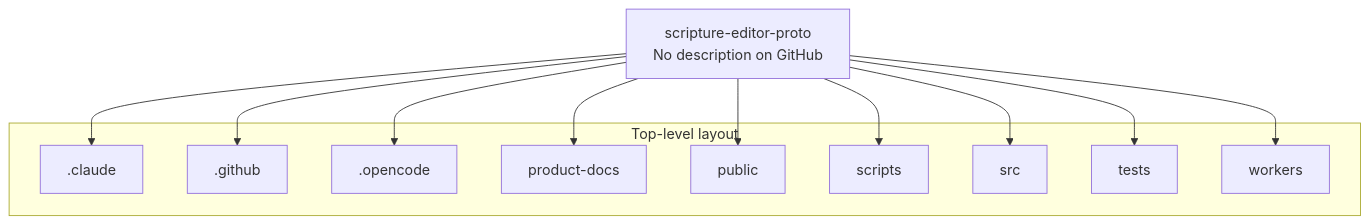
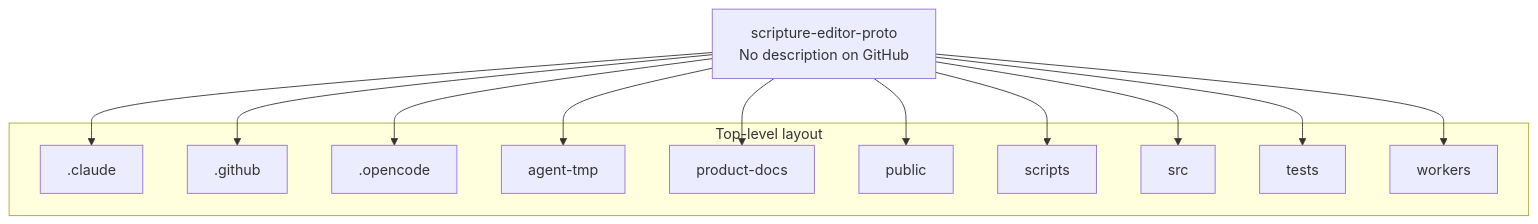
The second of 3 diagrams in architecture/WycliffeAssociates/scripture-editor-proto-architecture.md (AnonymousWalker/project-repos-diagram), drawn with Mermaid before and after one commit. The commit also changed other lines of this file and 18 other files, not shown here.

Commit message:
chore: refresh architecture diagrams

````diff
--- a/architecture/WycliffeAssociates/scripture-editor-proto-architecture.md
+++ b/architecture/WycliffeAssociates/scripture-editor-proto-architecture.md
@@ -46,26 +48,28 @@
 ```mermaid
 flowchart TB
   Root["scripture-editor-proto<br/>No description on GitHub"]
 
   subgraph structure["Top-level layout"]
     D0[".claude"]
     D1[".github"]
     D2[".opencode"]
-    D3["product-docs"]
-    D4["public"]
-    D5["scripts"]
-    D6["src"]
-    D7["tests"]
-    D8["workers"]
+    D3["agent-tmp"]
+    D4["product-docs"]
+    D5["public"]
+    D6["scripts"]
+    D7["src"]
+    D8["tests"]
+    D9["workers"]
   end
 
   Root --> D0
   Root --> D1
   Root --> D2
   Root --> D3
   Root --> D4
   Root --> D5
   Root --> D6
   Root --> D7
   Root --> D8
+  Root --> D9
 ```
````
